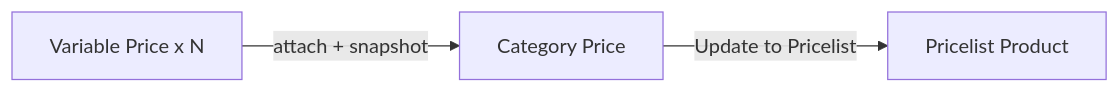
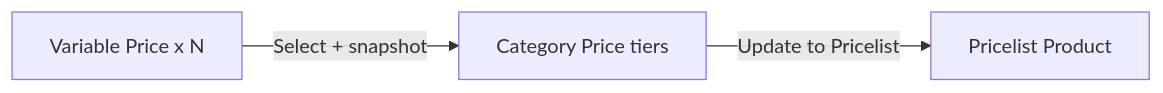
Before and after one commit to yendyr/olshoperp-docs: the diagram in qa-docs/businessdevelopment-category-price/requirement.md, drawn with Mermaid. The commit also changed other lines of this file and 17 other files, not shown here.

First line of the commit message:
docs(bd): sync Variable Price multi-tier stack to review (ETM-16312/13/14)

````diff
--- a/qa-docs/businessdevelopment-category-price/requirement.md
+++ b/qa-docs/businessdevelopment-category-price/requirement.md
@@ -23,5 +36,5 @@
 ```mermaid
 flowchart LR
-    VP[Variable Price x N] -->|attach + snapshot| CP[Category Price]
+    VP[Variable Price x N] -->|Select + snapshot| CP[Category Price tiers]
     CP -->|Update to Pricelist| PL[Pricelist Product]
 ```
````
